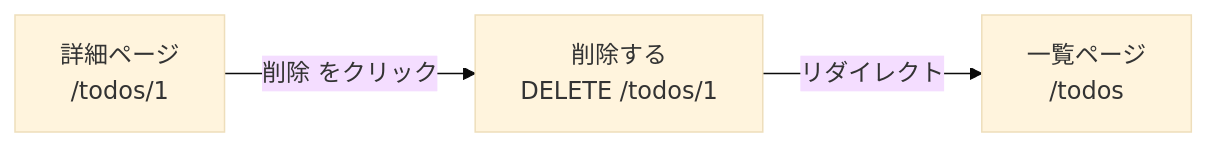
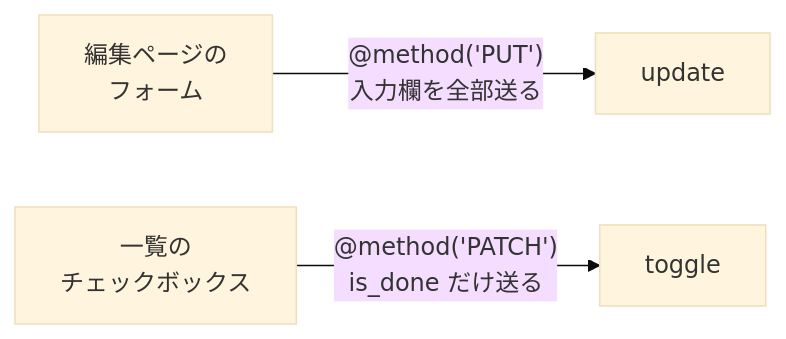
The first of 5 diagrams in docs/1年生_データ設計とアプリ開発/後期/20261029/20261029_資料_2.md (hakobunet/iica-koyama), drawn with Mermaid (base theme) before and after one commit. The commit also changed other lines of this file and 5 other files, not shown here.

````diff
--- a/docs/1年生_データ設計とアプリ開発/後期/20261029/20261029_資料_2.md
+++ b/docs/1年生_データ設計とアプリ開発/後期/20261029/20261029_資料_2.md
@@ -18,5 +96,5 @@
 ```mermaid
 graph LR
-    S[詳細ページ<br>/todos/1] -->|削除 をクリック| D[削除する<br>DELETE /todos/1]
-    D -->|リダイレクト| L[一覧ページ<br>/todos]
+    E[編集ページの<br>フォーム] -->|"@method('PUT')<br>入力欄を全部送る"| U[update]
+    C[一覧の<br>チェックボックス] -->|"@method('PATCH')<br>is_done だけ送る"| T[toggle]
 ```
````
